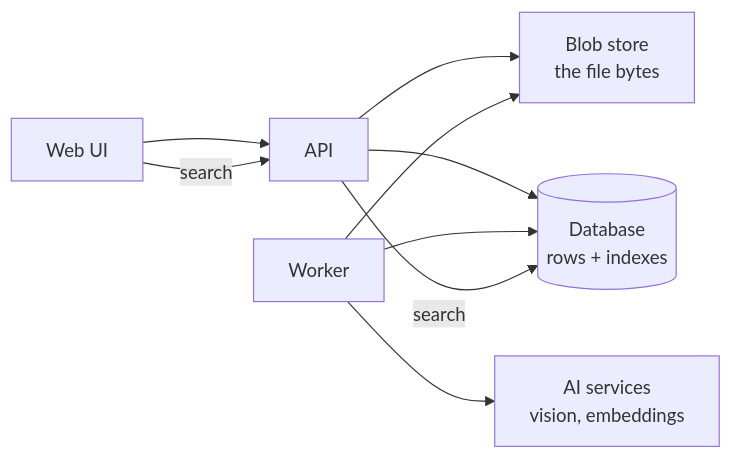
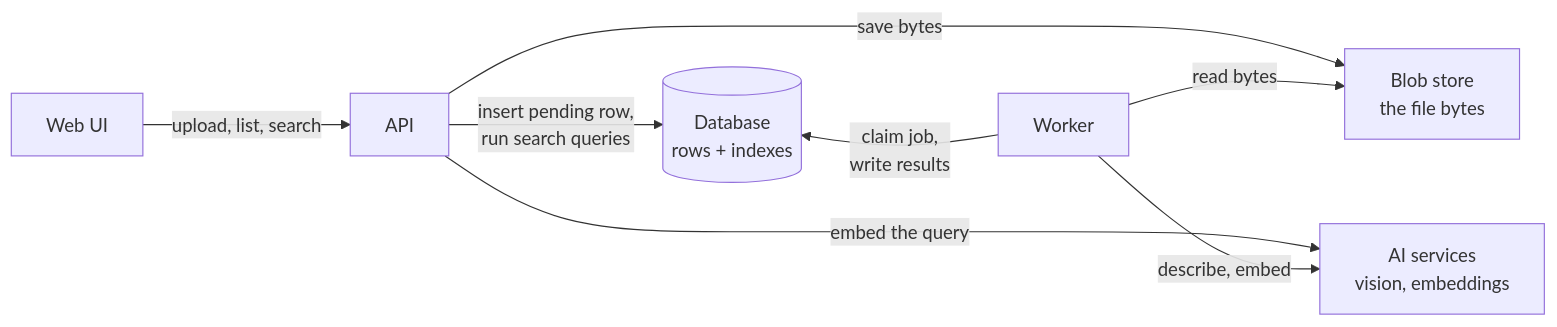
The first of 5 diagrams in docs/system-design.md (saarmichael/KMS), drawn with Mermaid before and after one commit. The commit also changed other lines of this file and 2 other files, not shown here.

Commit message:
docs: README rewrite, component and pipeline diagrams, product named Sift

````diff
--- a/docs/system-design.md
+++ b/docs/system-design.md
@@ -11,11 +11,13 @@
 ```mermaid
 flowchart LR
-  UI[Web UI] --> API[API]
-  API --> Blob[Blob store<br/>the file bytes]
-  API --> DB[(Database<br/>rows + indexes)]
-  W[Worker] --> DB
-  W --> Blob
-  W --> AI[AI services<br/>vision, embeddings]
-  UI -- search --> API
-  API -- search --> DB
+  UI[Web UI] -- "upload, list, search" --> API[API]
+  API -- "insert pending row,<br/>run search queries" --> DB[(Database<br/>rows + indexes)]
+  API -- "save bytes" --> Blob[Blob store<br/>the file bytes]
+  API -- "embed the query" --> AI[AI services<br/>vision, embeddings]
+  DB ~~~ W[Worker]
+  Blob ~~~ W
+  AI ~~~ W
+  W -- "claim job,<br/>write results" --> DB
+  W -- "read bytes" --> Blob
+  W -- "describe, embed" --> AI
 ```
````
